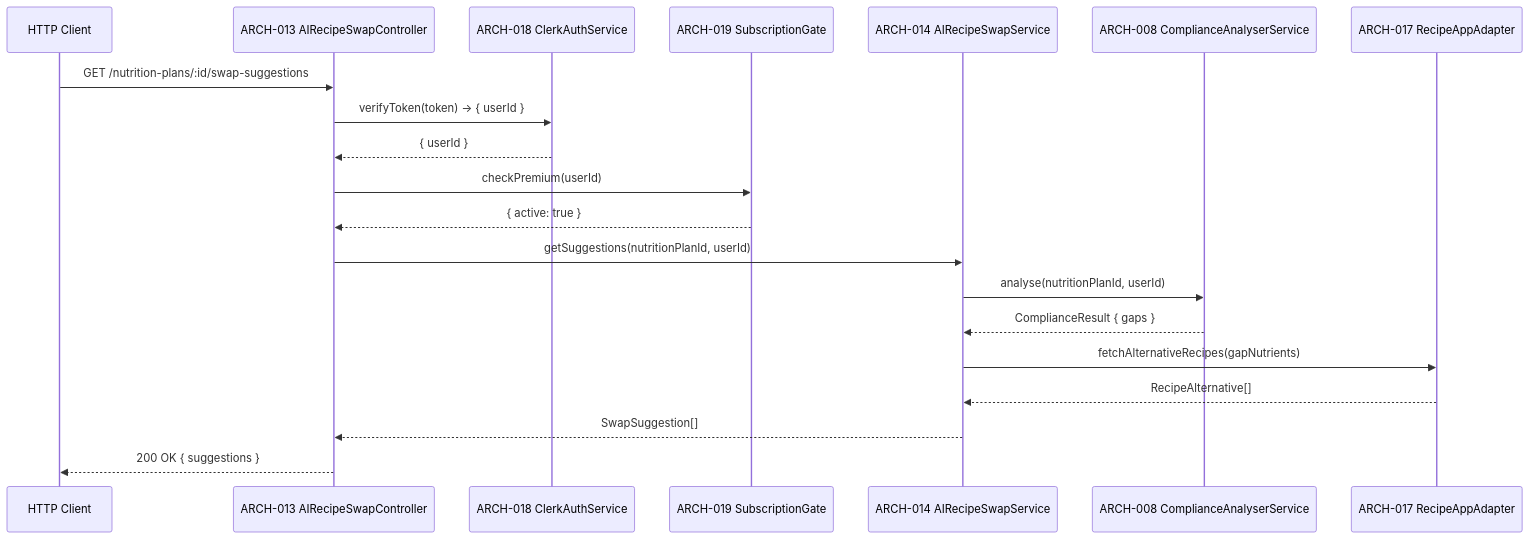
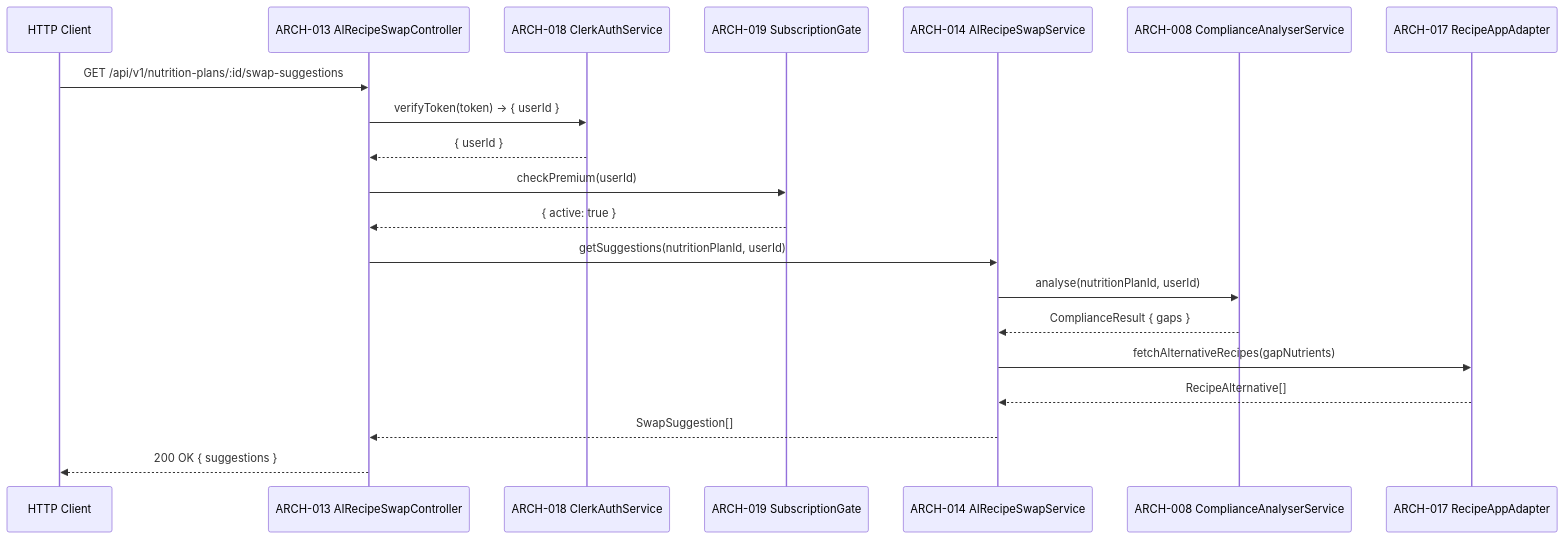
One commit to radicle-co/KitchenSink changed the fourth of 4 diagrams in specs/009-nutrition-planning/v-model/architecture-design.md. Above: the diagram before and after it, drawn with Mermaid. The commit also changed other lines of this file and 98 other files, not shown here.

````diff
--- a/specs/009-nutrition-planning/v-model/architecture-design.md
+++ b/specs/009-nutrition-planning/v-model/architecture-design.md
@@ -137,23 +137,23 @@
 ```mermaid
 sequenceDiagram
     participant Client as HTTP Client
     participant AC as ARCH-013 AIRecipeSwapController
     participant Auth as ARCH-018 ClerkAuthService
     participant Sub as ARCH-019 SubscriptionGate
     participant AS as ARCH-014 AIRecipeSwapService
     participant CS as ARCH-008 ComplianceAnalyserService
     participant RA as ARCH-017 RecipeAppAdapter
 
-    Client->>AC: GET /nutrition-plans/:id/swap-suggestions
+    Client->>AC: GET /api/v1/nutrition-plans/:id/swap-suggestions
     AC->>Auth: verifyToken(token) → { userId }
     Auth-->>AC: { userId }
     AC->>Sub: checkPremium(userId)
     Sub-->>AC: { active: true }
     AC->>AS: getSuggestions(nutritionPlanId, userId)
     AS->>CS: analyse(nutritionPlanId, userId)
     CS-->>AS: ComplianceResult { gaps }
     AS->>RA: fetchAlternativeRecipes(gapNutrients)
     RA-->>AS: RecipeAlternative[]
     AS-->>AC: SwapSuggestion[]
     AC-->>Client: 200 OK { suggestions }
 ```
````
